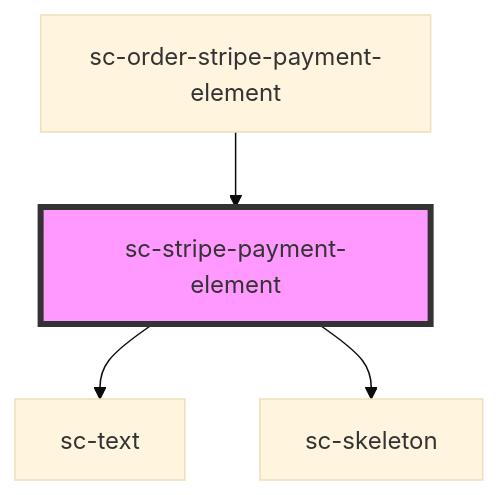
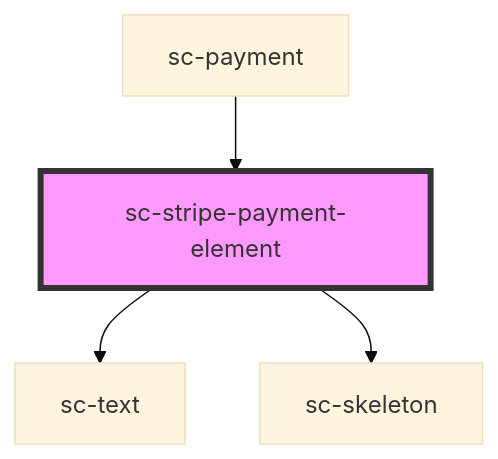
One commit to surecart/surecart-wp-plugin changed the diagram in packages/components/src/components/ui/stripe-payment-element/readme.md. Above: the diagram before and after it, drawn with Mermaid (base theme). The commit also changed other lines of this file and 68 other files, not shown here.

````diff
--- a/packages/components/src/components/ui/stripe-payment-element/readme.md
+++ b/packages/components/src/components/ui/stripe-payment-element/readme.md
@@ -53,7 +51,7 @@
 ```mermaid
 graph TD;
   sc-stripe-payment-element --> sc-text
   sc-stripe-payment-element --> sc-skeleton
-  sc-order-stripe-payment-element --> sc-stripe-payment-element
+  sc-payment --> sc-stripe-payment-element
   style sc-stripe-payment-element fill:#f9f,stroke:#333,stroke-width:4px
 ```
````
